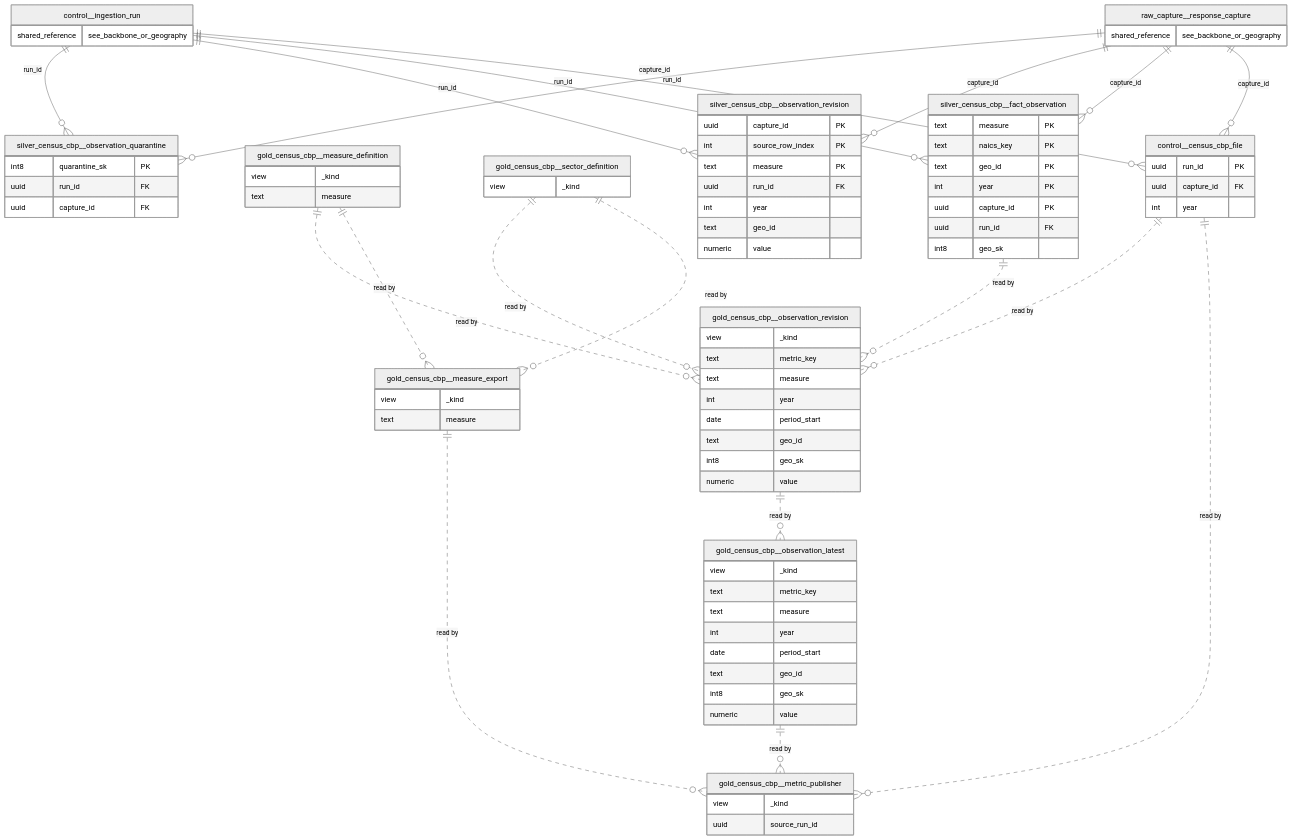
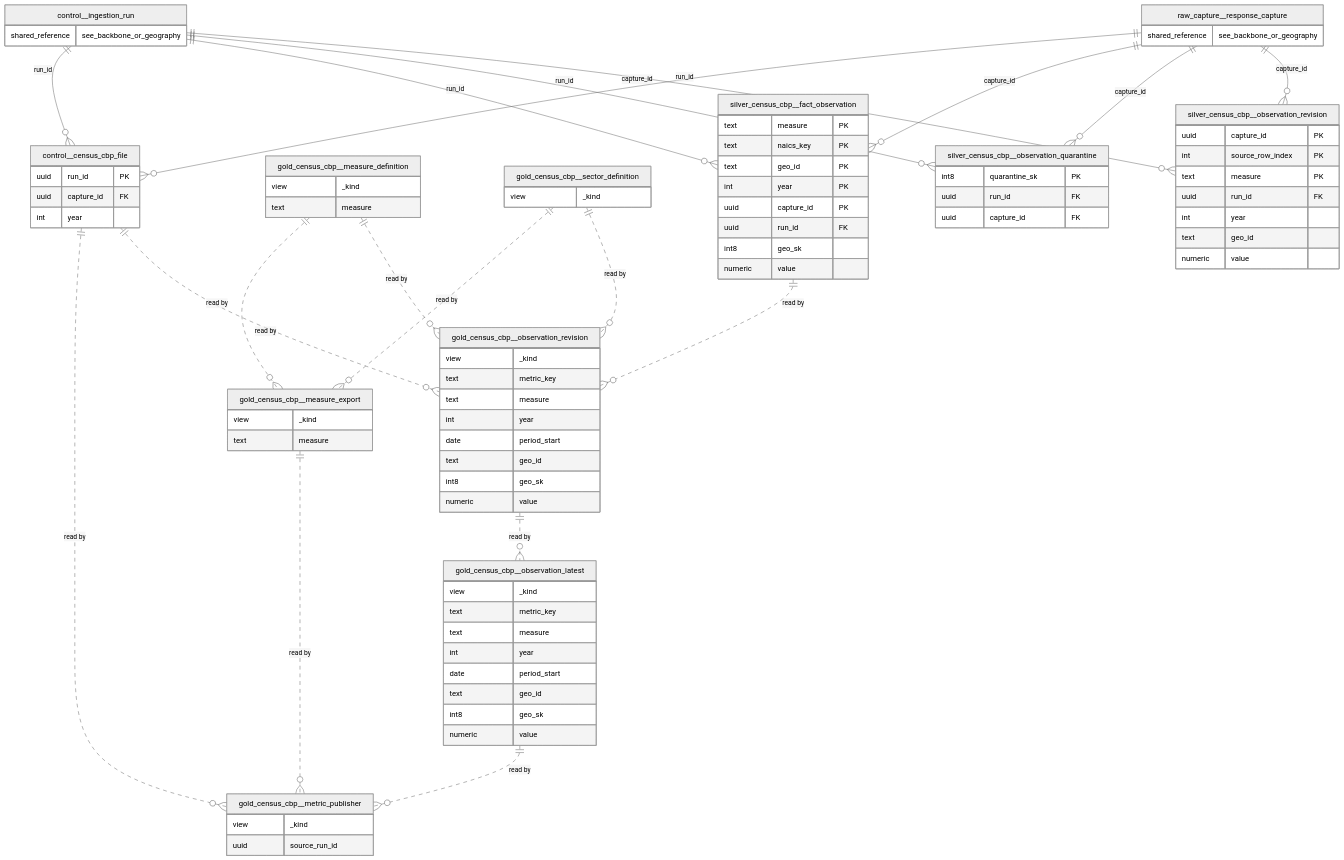
One commit to Syncert/population_etl_toolbox changed the tenth of 30 diagrams in docs/warehouse/erd.md. Above: the diagram before and after it, drawn with Mermaid (neutral theme). The commit also changed other lines of this file and 1 other file, not shown here.

First line of the commit message:
docs(warehouse): add November sources to the data sources guide; regenerate the ERD

````diff
--- a/docs/warehouse/erd.md
+++ b/docs/warehouse/erd.md
@@ -1076,6 +1119,7 @@
         uuid capture_id PK
         uuid run_id FK
         int8 geo_sk
+        numeric value
     }
     silver_census_cbp__observation_quarantine {
         int8 quarantine_sk PK
@@ -1091,22 +1135,22 @@
         text geo_id
         numeric value
     }
-    control__ingestion_run ||--o{ silver_census_cbp__observation_quarantine : "run_id"
-    raw_capture__response_capture ||--o{ silver_census_cbp__observation_quarantine : "capture_id"
-    raw_capture__response_capture ||--o{ silver_census_cbp__observation_revision : "capture_id"
-    control__ingestion_run ||--o{ silver_census_cbp__observation_revision : "run_id"
-    raw_capture__response_capture ||--o{ silver_census_cbp__fact_observation : "capture_id"
-    control__ingestion_run ||--o{ silver_census_cbp__fact_observation : "run_id"
-    control__census_cbp_file ||..o{ gold_census_cbp__observation_revision : "read by"
-    gold_census_cbp__measure_definition ||..o{ gold_census_cbp__observation_revision : "read by"
-    gold_census_cbp__sector_definition ||..o{ gold_census_cbp__observation_revision : "read by"
-    silver_census_cbp__fact_observation ||..o{ gold_census_cbp__observation_revision : "read by"
-    gold_census_cbp__observation_revision ||..o{ gold_census_cbp__observation_latest : "read by"
+    control__ingestion_run ||--o{ control__census_cbp_file : "run_id"
+    raw_capture__response_capture ||--o{ control__census_cbp_file : "capture_id"
     gold_census_cbp__measure_definition ||..o{ gold_census_cbp__measure_export : "read by"
     gold_census_cbp__sector_definition ||..o{ gold_census_cbp__measure_export : "read by"
     control__census_cbp_file ||..o{ gold_census_cbp__metric_publisher : "read by"
     gold_census_cbp__measure_export ||..o{ gold_census_cbp__metric_publisher : "read by"
     gold_census_cbp__observation_latest ||..o{ gold_census_cbp__metric_publisher : "read by"
-    control__ingestion_run ||--o{ control__census_cbp_file : "run_id"
-    raw_capture__response_capture ||--o{ control__census_cbp_file : "capture_id"
+    gold_census_cbp__observation_revision ||..o{ gold_census_cbp__observation_latest : "read by"
+    control__census_cbp_file ||..o{ gold_census_cbp__observation_revision : "read by"
+    gold_census_cbp__measure_definition ||..o{ gold_census_cbp__observation_revision : "read by"
+    gold_census_cbp__sector_definition ||..o{ gold_census_cbp__observation_revision : "read by"
+    silver_census_cbp__fact_observation ||..o{ gold_census_cbp__observation_revision : "read by"
+    raw_capture__response_capture ||--o{ silver_census_cbp__fact_observation : "capture_id"
+    control__ingestion_run ||--o{ silver_census_cbp__fact_observation : "run_id"
+    control__ingestion_run ||--o{ silver_census_cbp__observation_quarantine : "run_id"
+    raw_capture__response_capture ||--o{ silver_census_cbp__observation_quarantine : "capture_id"
+    raw_capture__response_capture ||--o{ silver_census_cbp__observation_revision : "capture_id"
+    control__ingestion_run ||--o{ silver_census_cbp__observation_revision : "run_id"
 ```
````
